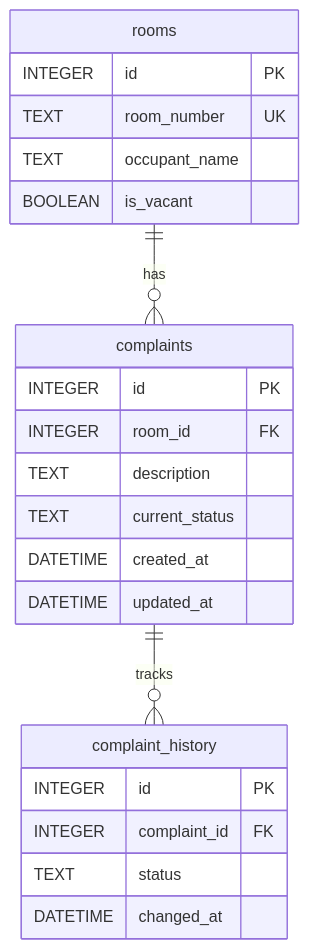
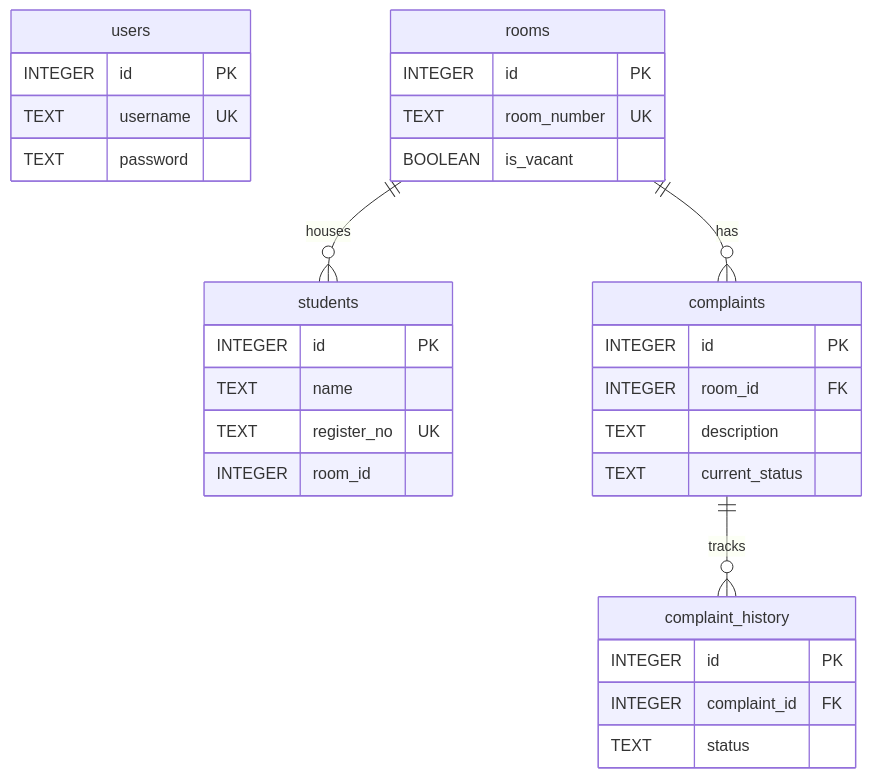
Before and after one commit to shivanistalin2006-dot/Hostel-Management-System: the diagram in README.md, drawn with Mermaid. The commit also changed other lines of this file and 14 other files, not shown here.

````diff
--- a/README.md
+++ b/README.md
@@ -38,26 +68,34 @@
 ```mermaid
 erDiagram
+    users {
+        INTEGER id PK
+        TEXT username UK
+        TEXT password
+    }
+    students {
+        INTEGER id PK
+        TEXT name
+        TEXT register_no UK
+        INTEGER room_id
+    }
     rooms {
         INTEGER id PK
         TEXT room_number UK
-        TEXT occupant_name
         BOOLEAN is_vacant
     }
     complaints {
         INTEGER id PK
         INTEGER room_id FK
         TEXT description
         TEXT current_status
-        DATETIME created_at
-        DATETIME updated_at
     }
     complaint_history {
         INTEGER id PK
         INTEGER complaint_id FK
         TEXT status
-        DATETIME changed_at
     }
     
     rooms ||--o{ complaints : "has"
     complaints ||--o{ complaint_history : "tracks"
+    rooms ||--o{ students : "houses"
 ```
````
